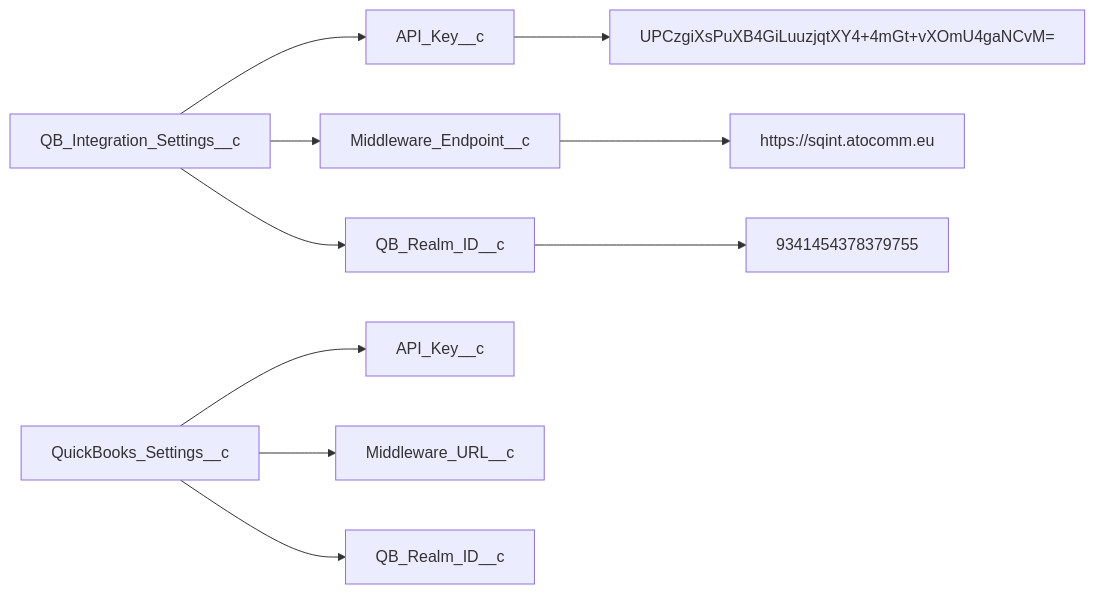
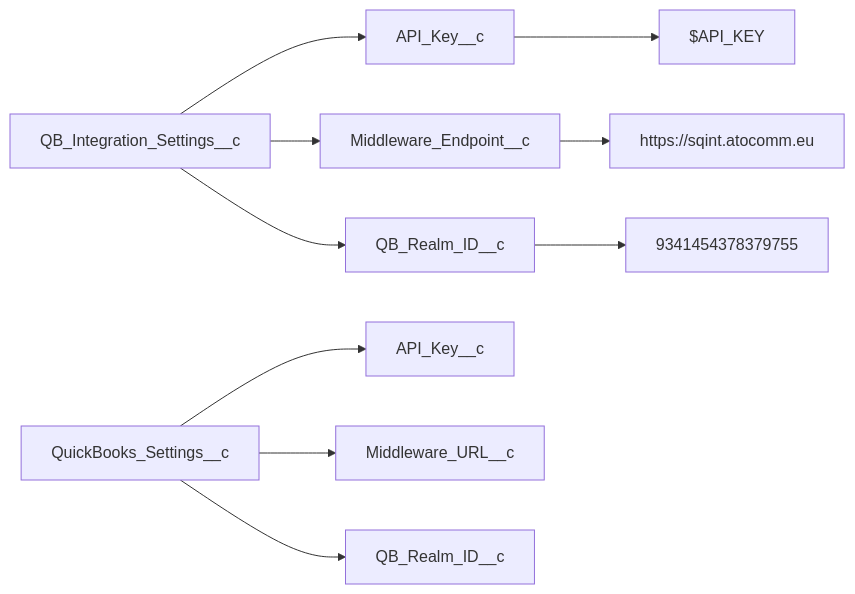
Before and after one commit to oneaiguru/ai-migration: the ninth of 12 diagrams in projects/qbsf/ТЕХНИЧЕСКОЕ_РУКОВОДСТВО.md, drawn with Mermaid. The commit also changed other lines of this file and 32686 other files, not shown here.

````diff
--- a/projects/qbsf/ТЕХНИЧЕСКОЕ_РУКОВОДСТВО.md
+++ b/projects/qbsf/ТЕХНИЧЕСКОЕ_РУКОВОДСТВО.md
@@ -245,14 +245,14 @@
 ```mermaid
 graph LR
     A[QB_Integration_Settings__c] --> B[API_Key__c]
     A --> C[Middleware_Endpoint__c]  
     A --> D[QB_Realm_ID__c]
     
     E[QuickBooks_Settings__c] --> F[API_Key__c]
     E --> G[Middleware_URL__c]
     E --> H[QB_Realm_ID__c]
     
-    B --> I["UPCzgiXsPuXB4GiLuuzjqtXY4+4mGt+vXOmU4gaNCvM="]
+    B --> I["$API_KEY"]
     C --> J["https://sqint.atocomm.eu"]
     D --> K["9341454378379755"]
 ```
````
